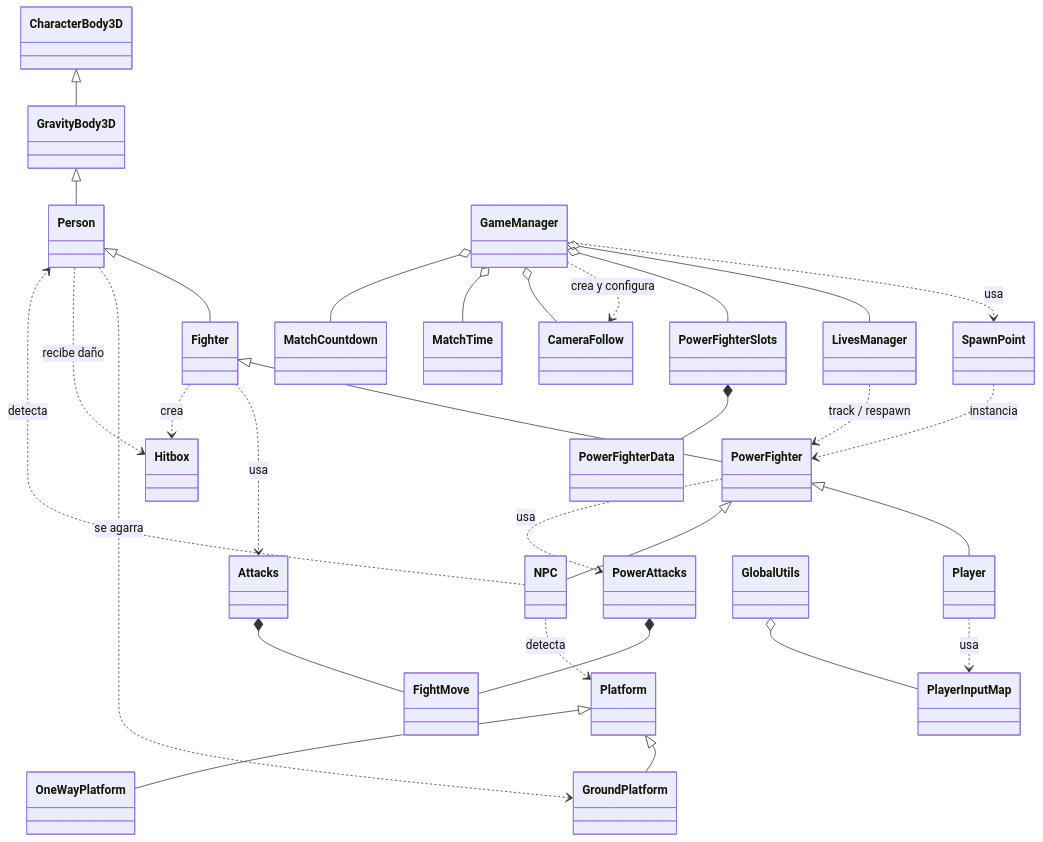
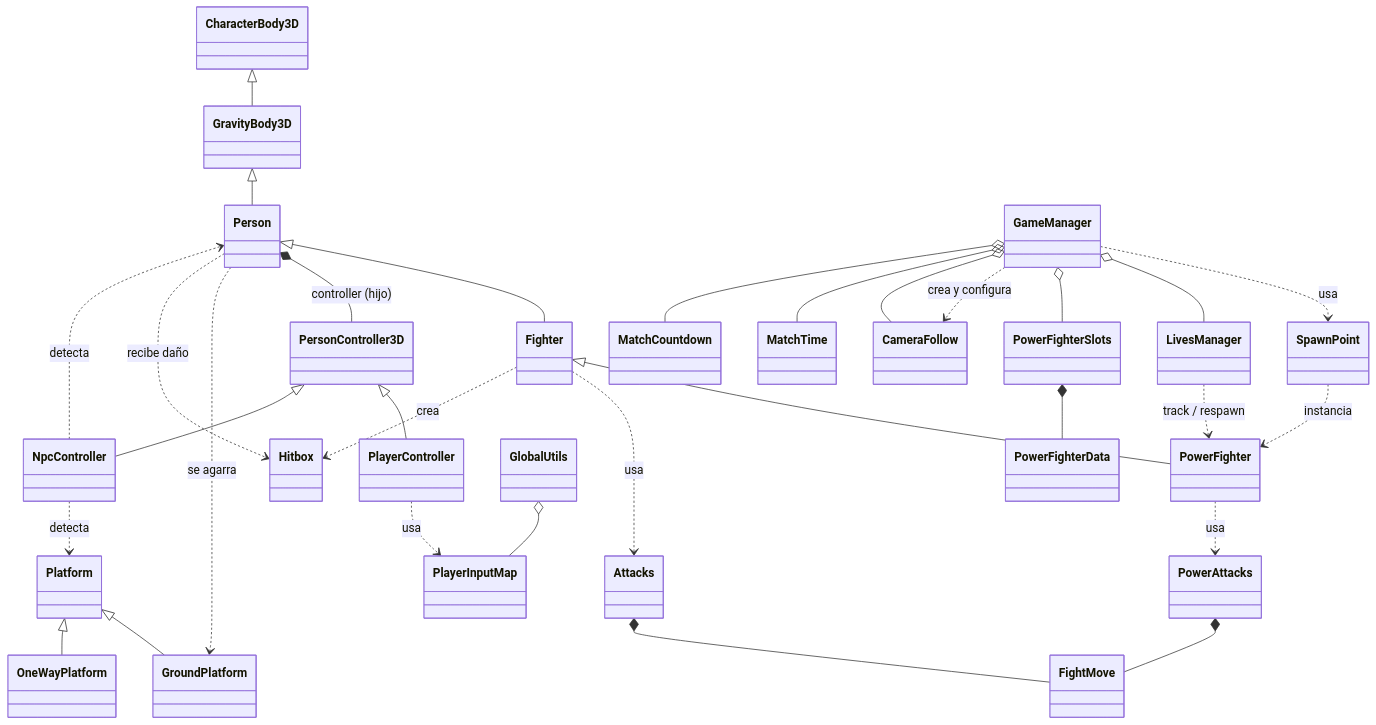
One commit to CocoMarck/SuperSmashTux changed the diagram in docs/arquitectura/uml-arquitectura.md. Above: the diagram before and after it, drawn with Mermaid. The commit also changed other lines of this file and 13 other files, not shown here.

Commit message:
Actualización de documentos respecto al estado actual de NpcController.

````diff
--- a/docs/arquitectura/uml-arquitectura.md
+++ b/docs/arquitectura/uml-arquitectura.md
@@ -13,36 +14,38 @@
 ```mermaid
 classDiagram
 	direction TB
 
 	CharacterBody3D <|-- GravityBody3D
 	GravityBody3D <|-- Person
 	Person <|-- Fighter
 	Fighter <|-- PowerFighter
-	PowerFighter <|-- Player
-	PowerFighter <|-- NPC
+
+	PersonController3D <|-- PlayerController
+	PersonController3D <|-- NpcController
+	Person *-- PersonController3D : controller (hijo)
 
 	Platform <|-- GroundPlatform
 	Platform <|-- OneWayPlatform
 
 	Person ..> GroundPlatform : se agarra
 	Fighter ..> Attacks : usa
 	Attacks *-- FightMove
 	Fighter ..> Hitbox : crea
 	PowerFighter ..> PowerAttacks : usa
 	PowerAttacks *-- FightMove
-	NPC ..> Platform : detecta
-	NPC ..> Person : detecta
+	NpcController ..> Platform : detecta
+	NpcController ..> Person : detecta
 	Person ..> Hitbox : recibe daño
-	Player ..> PlayerInputMap : usa
+	PlayerController ..> PlayerInputMap : usa
 	GlobalUtils o-- PlayerInputMap
 	SpawnPoint ..> PowerFighter : instancia
 	GameManager ..> SpawnPoint : usa
 	GameManager o-- LivesManager
 	LivesManager ..> PowerFighter : track / respawn
 	GameManager o-- PowerFighterSlots
 	PowerFighterSlots *-- PowerFighterData
 	GameManager ..> CameraFollow : crea y configura
 	GameManager o-- CameraFollow
 	GameManager o-- MatchTime
 	GameManager o-- MatchCountdown
 ```
````
